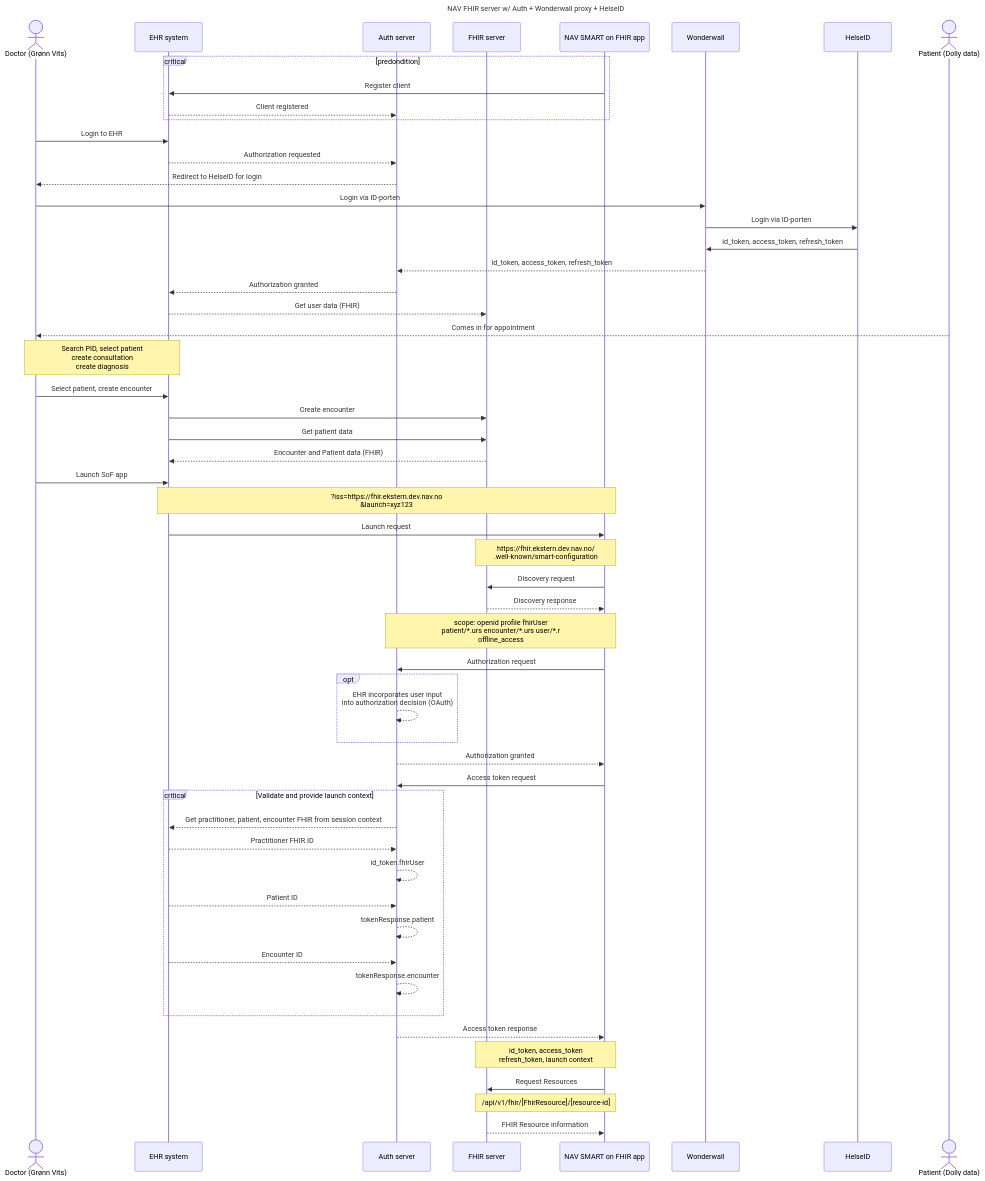
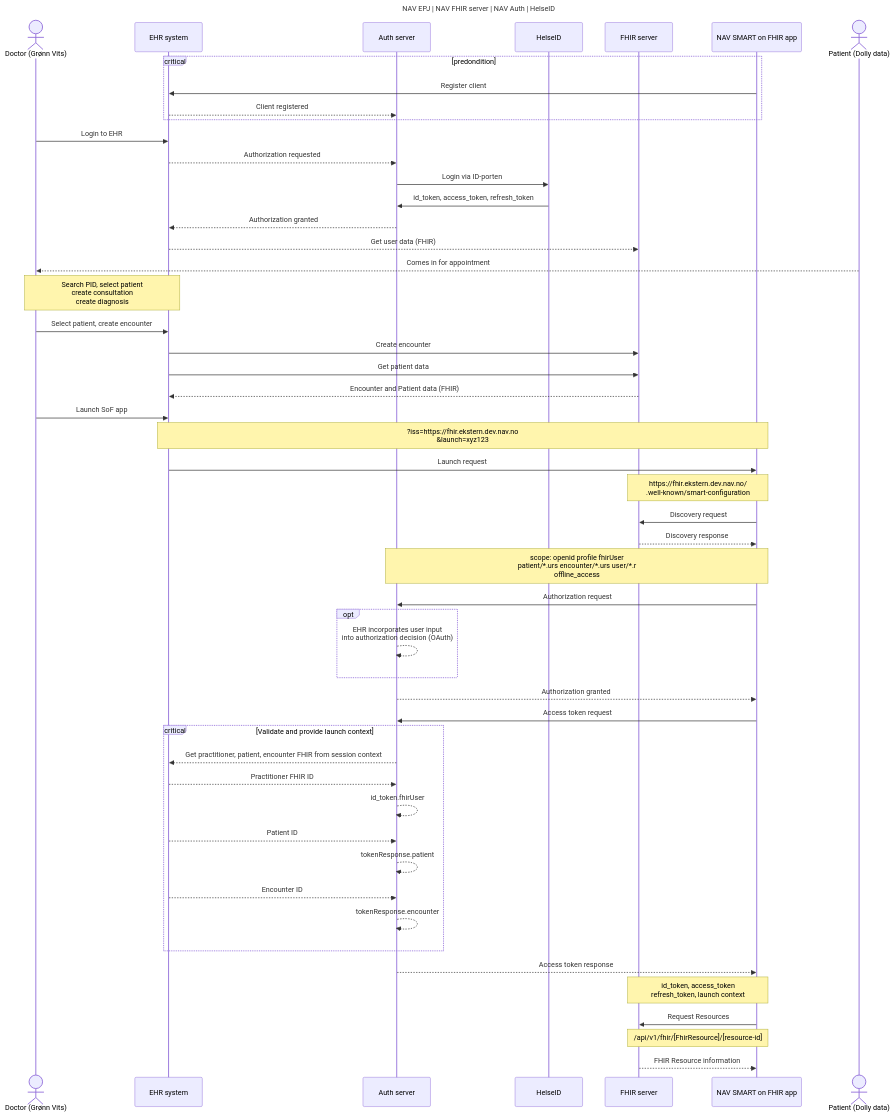
The diagram in README.md (navikt/nav-epj-auth-server), drawn with Mermaid before and after one commit.

Commit message:
Example of how to do this without wonderwall

````diff
--- a/README.md
+++ b/README.md
@@ -24,61 +24,57 @@
 ```mermaid
 ---
-title: NAV FHIR server w/ Auth + Wonderwall proxy + HelseID
+title: NAV EPJ | NAV FHIR server | NAV Auth | HelseID
 ---
 sequenceDiagram
     actor DOC as Doctor (Grønn Vits)
     participant EHR as EHR system
     participant AUTH as Auth server
+    participant HID as HelseID
     participant FHIR as FHIR server
     participant NAV as NAV SMART on FHIR app
-    participant WALL as Wonderwall
-    participant HID as HelseID
     actor PAT as Patient (Dolly data)
     
     critical predondition 
         NAV ->> EHR: Register client
         EHR -->> AUTH: Client registered
     end
     DOC ->> EHR: Login to EHR
     EHR -->> AUTH:  Authorization requested
-    AUTH -->> DOC: Redirect to HelseID for login
-    DOC ->> WALL: Login via ID-porten
-    WALL ->> HID: Login via ID-porten
-    HID ->> WALL: id_token, access_token, refresh_token
-    WALL -->> AUTH: id_token, access_token, refresh_token
+    AUTH ->> HID: Login via ID-porten
+    HID ->> AUTH: id_token, access_token, refresh_token
     AUTH -->> EHR:  Authorization granted
     EHR -->> FHIR:  Get user data (FHIR)
     PAT -->> DOC: Comes in for appointment
     Note over DOC,EHR: Search PID, select patient<br>create consultation<br>create diagnosis
     DOC ->> EHR: Select patient, create encounter
     EHR ->> FHIR: Create encounter
     EHR ->> FHIR: Get patient data
     FHIR -->> EHR: Encounter and Patient data (FHIR)
     DOC ->> EHR: Launch SoF app
     Note over EHR,NAV: ?iss=https://fhir.ekstern.dev.nav.no<br>&launch=xyz123
     EHR ->> NAV: Launch request
     Note over NAV,FHIR: https://fhir.ekstern.dev.nav.no/<br>.well-known/smart-configuration
     NAV ->> FHIR: Discovery request
     FHIR -->> NAV: Discovery response
     Note over NAV,AUTH: scope: openid profile fhirUser<br>patient/*.urs encounter/*.urs user/*.r<br>offline_access
     NAV ->> AUTH: Authorization request
     opt
         AUTH -->> AUTH: EHR incorporates user input<br>into authorization decision (OAuth)
     end
     AUTH -->> NAV: Authorization granted
     NAV ->> AUTH: Access token request
     critical Validate and provide launch context
         AUTH -->> EHR: Get practitioner, patient, encounter FHIR from session context
         EHR -->> AUTH: Practitioner FHIR ID
         AUTH -->> AUTH: id_token.fhirUser
         EHR -->> AUTH: Patient ID
         AUTH -->> AUTH: tokenResponse.patient
         EHR -->> AUTH: Encounter ID
         AUTH -->> AUTH: tokenResponse.encounter
     end
     AUTH -->> NAV: Access token response
     Note over NAV,FHIR: id_token, access_token<br>refresh_token, launch context
     NAV ->> FHIR: Request Resources
     Note over FHIR,NAV: /api/v1/fhir/[FhirResource]/[resource-id]
     FHIR -->> NAV: FHIR Resource information
 ```
````
